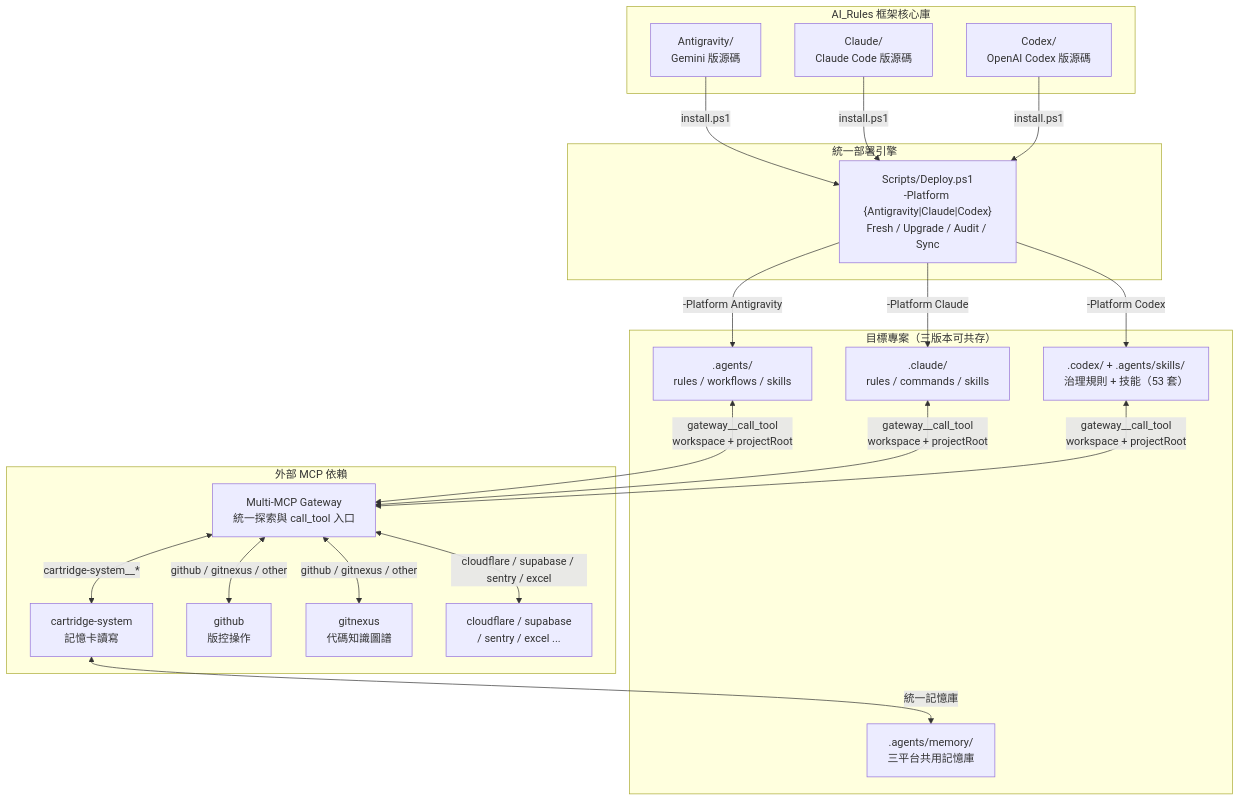
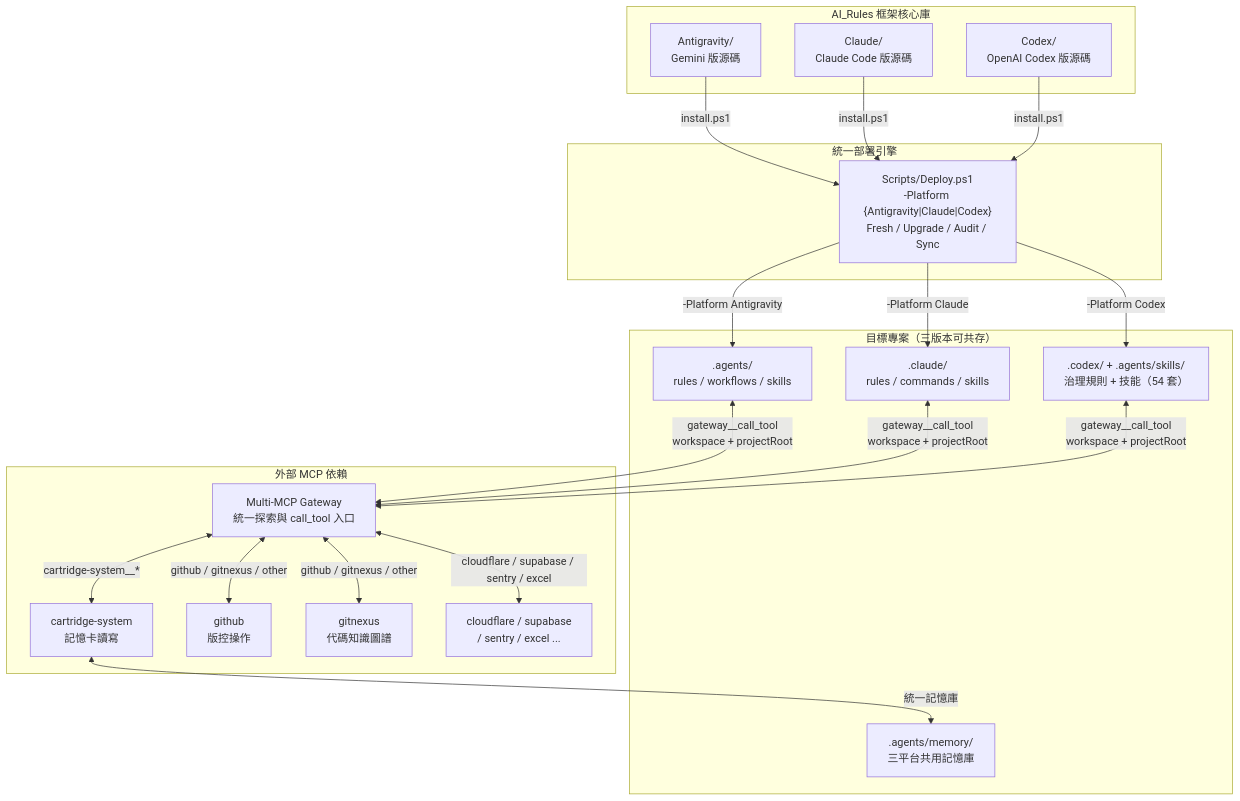
Before and after one commit to Kunshao1117/AI_Rules: the first of 3 diagrams in README.md, drawn with Mermaid. The commit also changed other lines of this file and 91 other files, not shown here.

````diff
--- a/README.md
+++ b/README.md
@@ -217,42 +218,42 @@
 ```mermaid
 graph TB
     subgraph "AI_Rules 框架核心庫"
         AG["Antigravity/<br/>Gemini 版源碼"]
         CL["Claude/<br/>Claude Code 版源碼"]
         CX["Codex/<br/>OpenAI Codex 版源碼"]
     end
 
     subgraph "統一部署引擎"
         DEPLOY["Scripts/Deploy.ps1<br/>-Platform {Antigravity|Claude|Codex}<br/>Fresh / Upgrade / Audit / Sync"]
     end
 
     subgraph "目標專案（三版本可共存）"
         AGE[".agents/<br/>rules / workflows / skills"]
         CLE[".claude/<br/>rules / commands / skills"]
-        CXE[".codex/ + .agents/skills/<br/>治理規則 + 技能（53 套）"]
+        CXE[".codex/ + .agents/skills/<br/>治理規則 + 技能（54 套）"]
         MEM[".agents/memory/<br/>三平台共用記憶庫"]
     end
 
     subgraph "外部 MCP 依賴"
         GW["Multi-MCP Gateway<br/>統一探索與 call_tool 入口"]
         CART["cartridge-system<br/>記憶卡讀寫"]
         GH["github<br/>版控操作"]
         GN["gitnexus<br/>代碼知識圖譜"]
         OTHER["cloudflare / supabase<br/>/ sentry / excel ..."]
     end
 
     AG -->|"install.ps1"| DEPLOY
     CL -->|"install.ps1"| DEPLOY
     CX -->|"install.ps1"| DEPLOY
     DEPLOY -->|"-Platform Antigravity"| AGE
     DEPLOY -->|"-Platform Claude"| CLE
     DEPLOY -->|"-Platform Codex"| CXE
     AGE <-->|"gateway__call_tool<br/>workspace + projectRoot"| GW
     CLE <-->|"gateway__call_tool<br/>workspace + projectRoot"| GW
     CXE <-->|"gateway__call_tool<br/>workspace + projectRoot"| GW
     GW <-->|"cartridge-system__*"| CART
     GW <-->|"github / gitnexus / other"| GH
     GW <-->|"github / gitnexus / other"| GN
     GW <-->|"cloudflare / supabase / sentry / excel"| OTHER
     CART <-->|"統一記憶庫"| MEM
 ```
````
